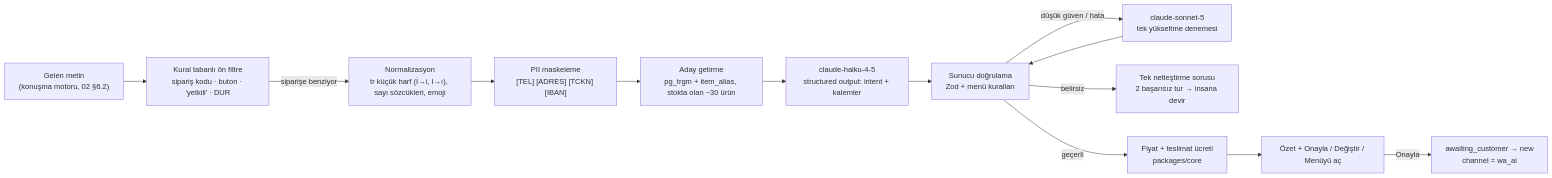
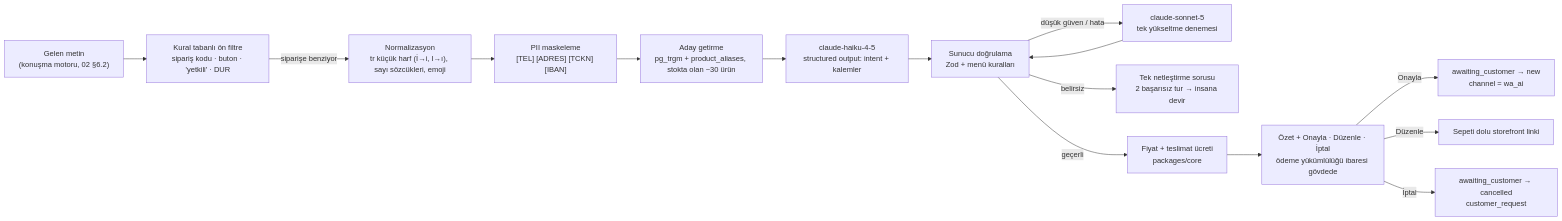
The fourth of 4 diagrams in docs/06-teknik-mimari.md (eraycaylak/siparisinonunde), drawn with Mermaid before and after one commit. The commit also changed other lines of this file and 9 other files, not shown here.

````diff
--- a/docs/06-teknik-mimari.md
+++ b/docs/06-teknik-mimari.md
@@ -662,15 +668,17 @@
 ```mermaid
 flowchart LR
   IN["Gelen metin<br/>(konuşma motoru, 02 §6.2)"] --> PRE["Kural tabanlı ön filtre<br/>sipariş kodu · buton · 'yetkili' · DUR"]
   PRE -->|siparişe benziyor| NORM["Normalizasyon<br/>tr küçük harf (İ→i, I→ı), sayı sözcükleri, emoji"]
   NORM --> PII["PII maskeleme<br/>[TEL] [ADRES] [TCKN] [IBAN]"]
-  PII --> RET["Aday getirme<br/>pg_trgm + item_alias, stokta olan ~30 ürün"]
+  PII --> RET["Aday getirme<br/>pg_trgm + product_aliases, stokta olan ~30 ürün"]
   RET --> LLM["claude-haiku-4-5<br/>structured output: intent + kalemler"]
   LLM --> VAL["Sunucu doğrulama<br/>Zod + menü kuralları"]
   VAL -->|düşük güven / hata| ESC["claude-sonnet-5<br/>tek yükseltme denemesi"]
   ESC --> VAL
   VAL -->|belirsiz| ASK["Tek netleştirme sorusu<br/>2 başarısız tur → insana devir"]
   VAL -->|geçerli| PRICE["Fiyat + teslimat ücreti<br/>packages/core"]
-  PRICE --> SUM["Özet + Onayla / Değiştir / Menüyü aç"]
+  PRICE --> SUM["Özet + Onayla · Düzenle · İptal<br/>ödeme yükümlülüğü ibaresi gövdede"]
   SUM -->|Onayla| NEW["awaiting_customer → new<br/>channel = wa_ai"]
+  SUM -->|Düzenle| EDIT["Sepeti dolu storefront linki"]
+  SUM -->|İptal| CAN["awaiting_customer → cancelled<br/>customer_request"]
 ```
````
